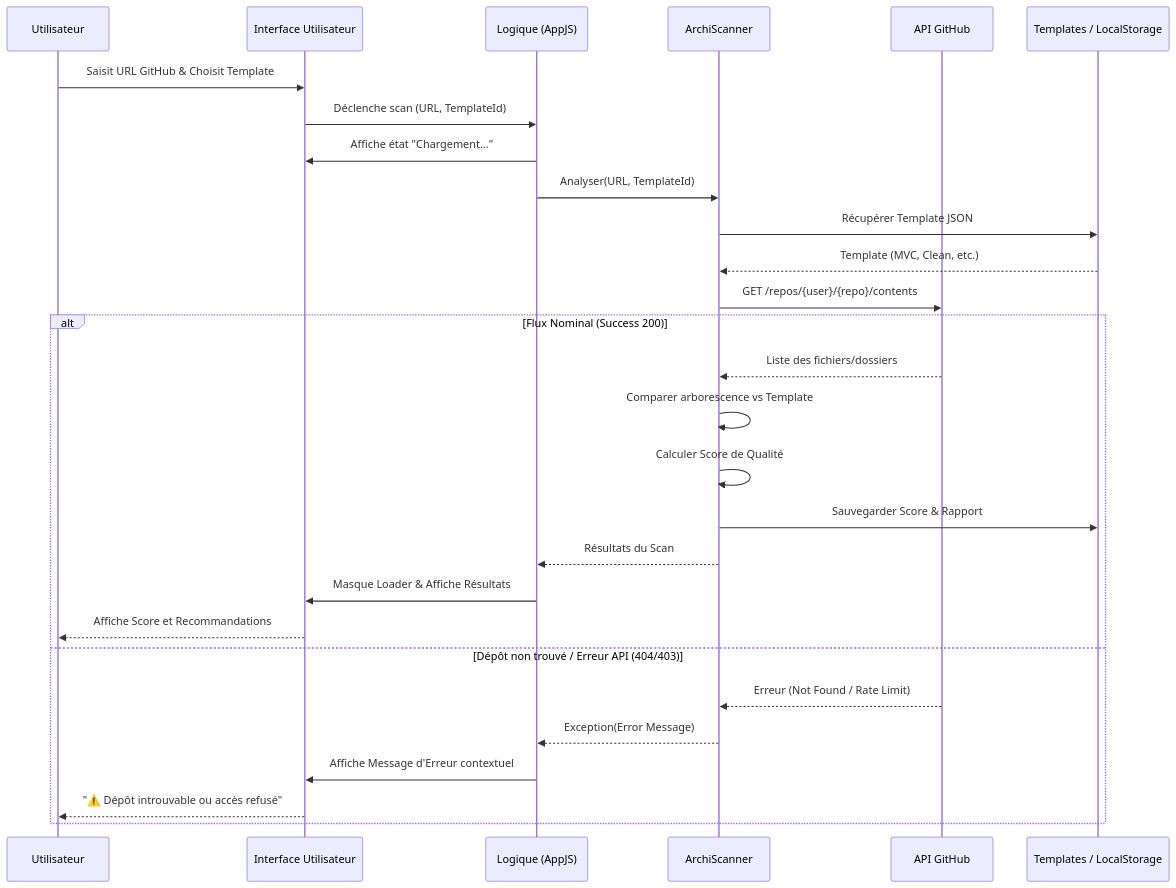
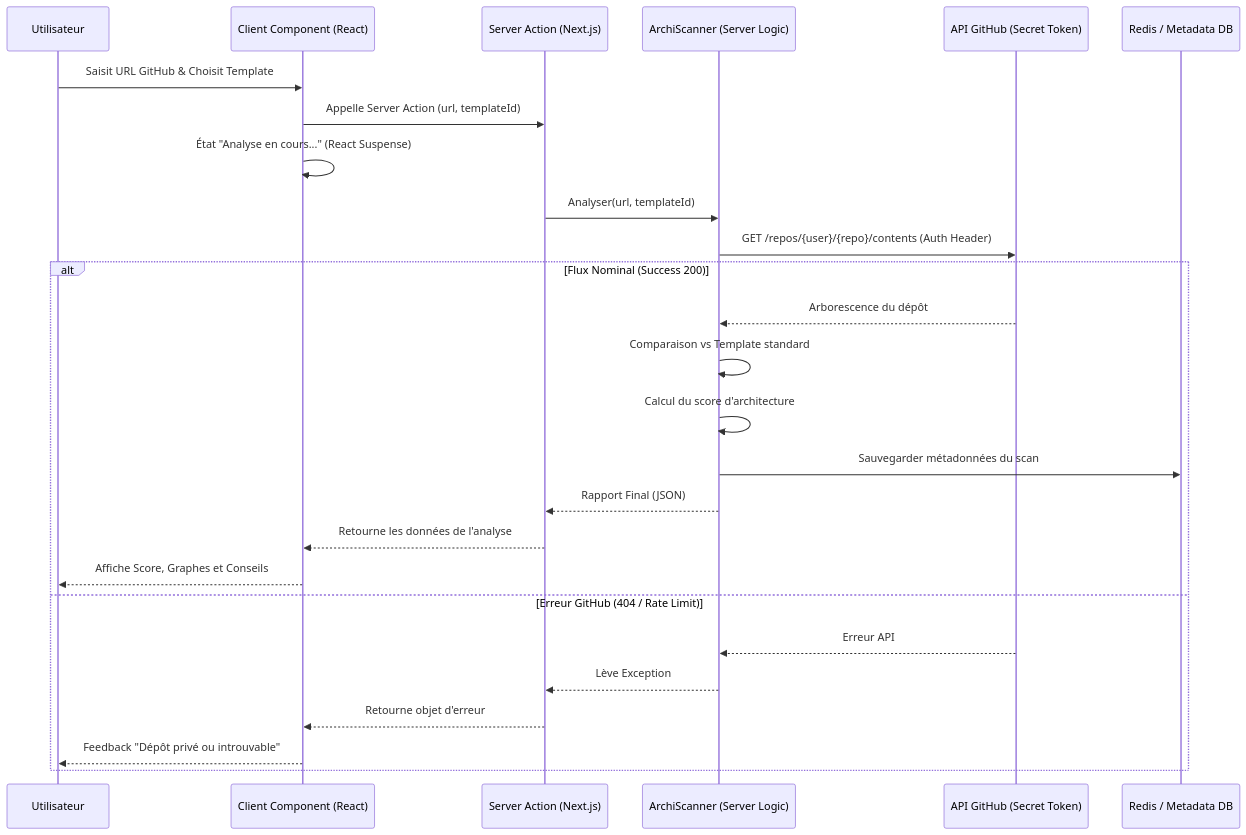
One commit to EliasL94/Toolbox-IT changed the diagram in docs/diagramme_sequence.md. Above: the diagram before and after it, drawn with Mermaid. The commit also changed other lines of this file and 4 other files, not shown here.

````diff
--- a/docs/diagramme_sequence.md
+++ b/docs/diagramme_sequence.md
@@ -9,36 +7,33 @@
 ```mermaid
 sequenceDiagram
     participant U as Utilisateur
-    participant UI as Interface Utilisateur
-    participant JS as Logique (AppJS)
-    participant SC as ArchiScanner
-    participant GH as API GitHub
-    participant DB as Templates / LocalStorage
+    participant UI as Client Component (React)
+    participant SA as Server Action (Next.js)
+    participant SC as ArchiScanner (Server Logic)
+    participant GH as API GitHub (Secret Token)
+    participant DB as Redis / Metadata DB
 
     U->>UI: Saisit URL GitHub & Choisit Template
-    UI->>JS: Déclenche scan (URL, TemplateId)
+    UI->>SA: Appelle Server Action (url, templateId)
     
-    JS->>UI: Affiche état "Chargement..."
+    UI->>UI: État "Analyse en cours..." (React Suspense)
     
-    JS->>SC: Analyser(URL, TemplateId)
+    SA->>SC: Analyser(url, templateId)
     
-    SC->>DB: Récupérer Template JSON
-    DB-->>SC: Template (MVC, Clean, etc.)
-    
-    SC->>GH: GET /repos/{user}/{repo}/contents
+    SC->>GH: GET /repos/{user}/{repo}/contents (Auth Header)
     
     alt Flux Nominal (Success 200)
-        GH-->>SC: Liste des fichiers/dossiers
-        SC->>SC: Comparer arborescence vs Template
-        SC->>SC: Calculer Score de Qualité
-        SC->>DB: Sauvegarder Score & Rapport
-        SC-->>JS: Résultats du Scan
-        JS->>UI: Masque Loader & Affiche Résultats
-        UI-->>U: Affiche Score et Recommandations
-    else Dépôt non trouvé / Erreur API (404/403)
-        GH-->>SC: Erreur (Not Found / Rate Limit)
-        SC-->>JS: Exception(Error Message)
-        JS->>UI: Affiche Message d'Erreur contextuel
-        UI-->>U: "⚠️ Dépôt introuvable ou accès refusé"
+        GH-->>SC: Arborescence du dépôt
+        SC->>SC: Comparaison vs Template standard
+        SC->>SC: Calcul du score d'architecture
+        SC->>DB: Sauvegarder métadonnées du scan
+        SC-->>SA: Rapport Final (JSON)
+        SA-->>UI: Retourne les données de l'analyse
+        UI-->>U: Affiche Score, Graphes et Conseils
+    else Erreur GitHub (404 / Rate Limit)
+        GH-->>SC: Erreur API
+        SC-->>SA: Lève Exception
+        SA-->>UI: Retourne objet d'erreur
+        UI-->>U: Feedback "Dépôt privé ou introuvable"
     end
 ```
````
